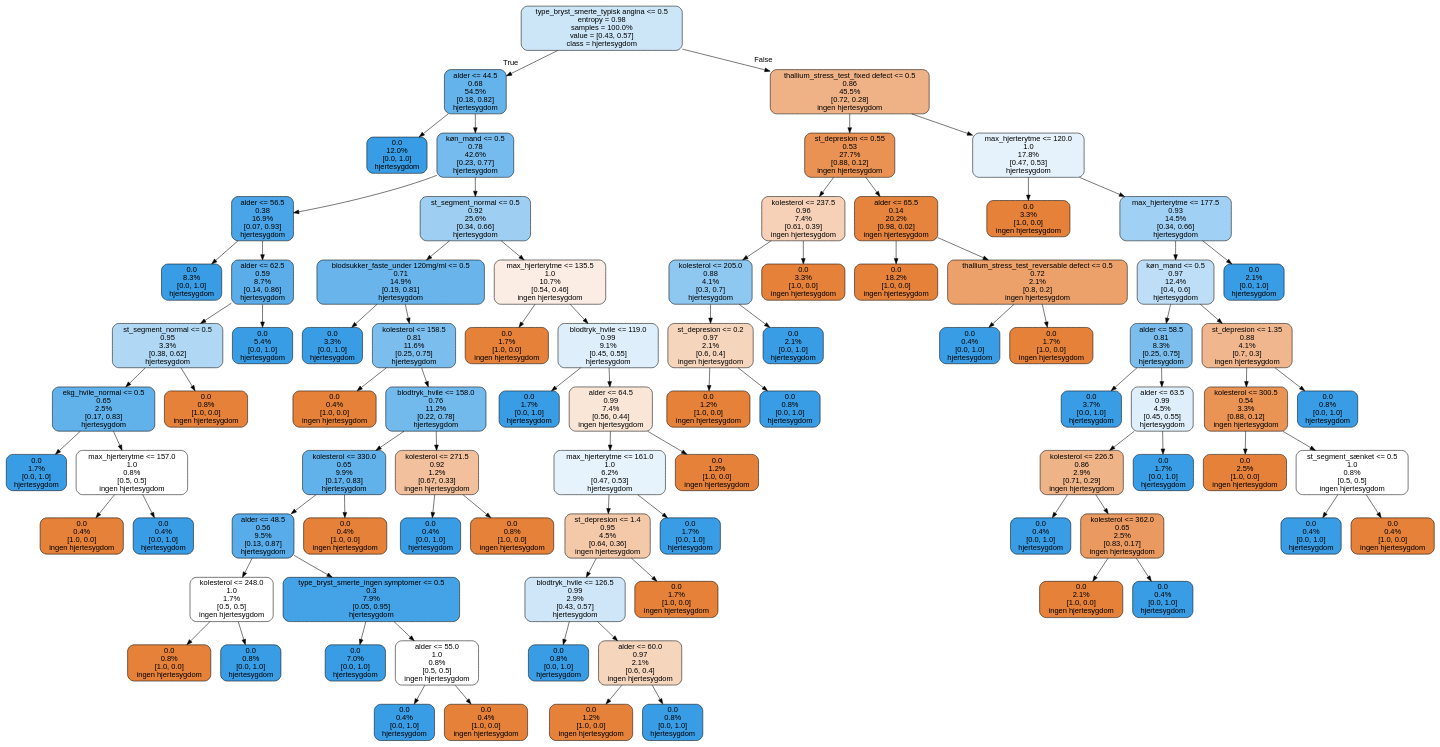
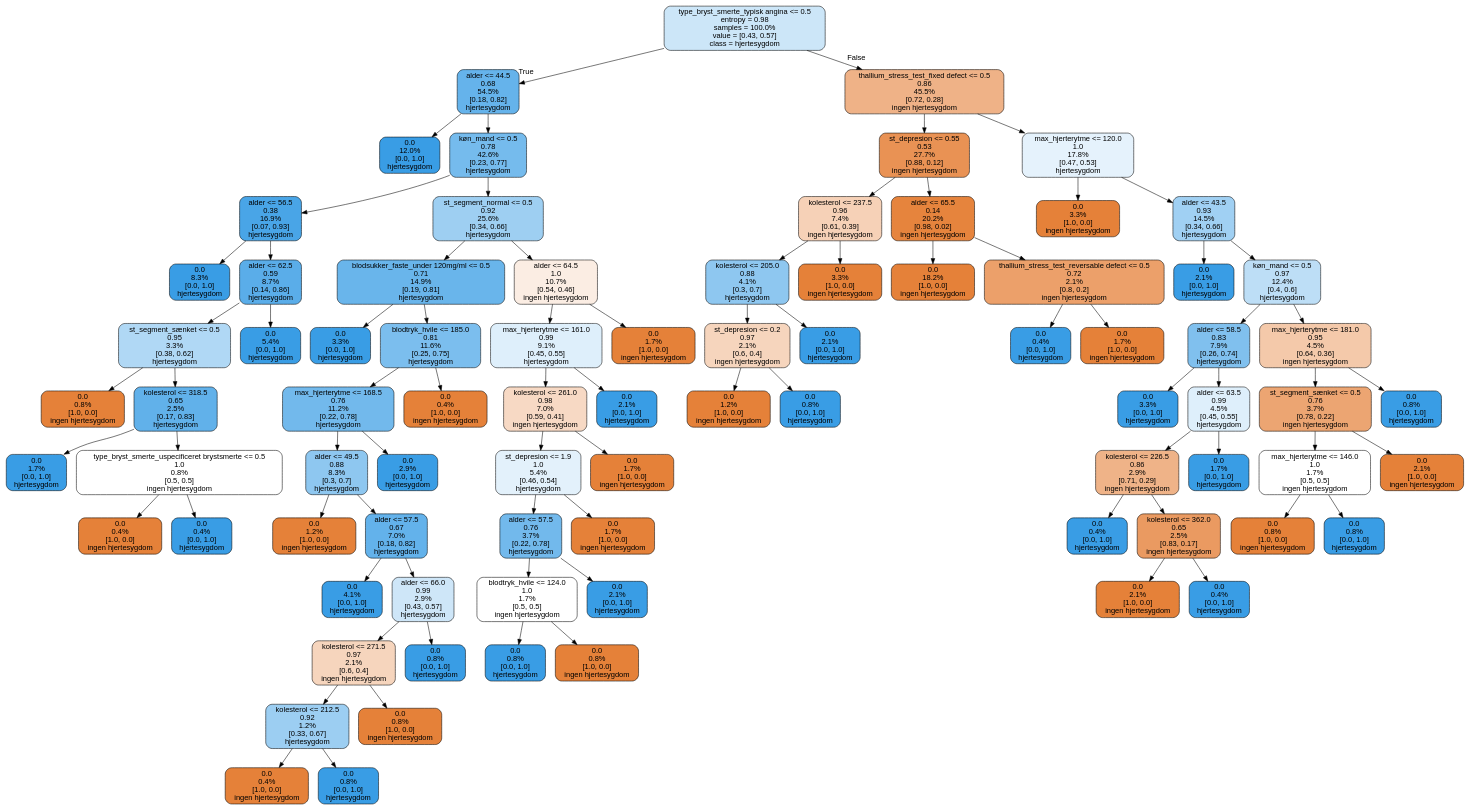
One commit to mico-boje/data-science-practice changed the diagram in Decision Tree/tree1.dot. Above: the diagram before and after it, drawn with Graphviz. The commit also changed 24 other files, not shown here.

Commit message:
added EDA analysis and multiple new graphs

```diff
--- a/Decision Tree/tree1.dot
+++ b/Decision Tree/tree1.dot
@@ -14,20 +14,20 @@
 4 -> 5 ;
 6 [label="alder <= 62.5\n0.59\n8.7%\n[0.14, 0.86]\nhjertesygdom", fillcolor="#5aade9"] ;
 4 -> 6 ;
-7 [label="st_segment_normal <= 0.5\n0.95\n3.3%\n[0.38, 0.62]\nhjertesygdom", fillcolor="#b0d8f5"] ;
+7 [label="st_segment_sænket <= 0.5\n0.95\n3.3%\n[0.38, 0.62]\nhjertesygdom", fillcolor="#b0d8f5"] ;
 6 -> 7 ;
-8 [label="ekg_hvile_normal <= 0.5\n0.65\n2.5%\n[0.17, 0.83]\nhjertesygdom", fillcolor="#61b1ea"] ;
+8 [label="0.0\n0.8%\n[1.0, 0.0]\ningen hjertesygdom", fillcolor="#e58139"] ;
 7 -> 8 ;
-9 [label="0.0\n1.7%\n[0.0, 1.0]\nhjertesygdom", fillcolor="#399de5"] ;
-8 -> 9 ;
-10 [label="max_hjerterytme <= 157.0\n1.0\n0.8%\n[0.5, 0.5]\ningen hjertesygdom", fillcolor="#ffffff"] ;
-8 -> 10 ;
-11 [label="0.0\n0.4%\n[1.0, 0.0]\ningen hjertesygdom", fillcolor="#e58139"] ;
-10 -> 11 ;
-12 [label="0.0\n0.4%\n[0.0, 1.0]\nhjertesygdom", fillcolor="#399de5"] ;
-10 -> 12 ;
-13 [label="0.0\n0.8%\n[1.0, 0.0]\ningen hjertesygdom", fillcolor="#e58139"] ;
-7 -> 13 ;
+9 [label="kolesterol <= 318.5\n0.65\n2.5%\n[0.17, 0.83]\nhjertesygdom", fillcolor="#61b1ea"] ;
+7 -> 9 ;
+10 [label="0.0\n1.7%\n[0.0, 1.0]\nhjertesygdom", fillcolor="#399de5"] ;
+9 -> 10 ;
+11 [label="type_bryst_smerte_uspecificeret brystsmerte <= 0.5\n1.0\n0.8%\n[0.5, 0.5]\ningen hjertesygdom", fillcolor="#ffffff"] ;
+9 -> 11 ;
+12 [label="0.0\n0.4%\n[1.0, 0.0]\ningen hjertesygdom", fillcolor="#e58139"] ;
+11 -> 12 ;
+13 [label="0.0\n0.4%\n[0.0, 1.0]\nhjertesygdom", fillcolor="#399de5"] ;
+11 -> 13 ;
 14 [label="0.0\n5.4%\n[0.0, 1.0]\nhjertesygdom", fillcolor="#399de5"] ;
 6 -> 14 ;
 15 [label="st_segment_normal <= 0.5\n0.92\n25.6%\n[0.34, 0.66]\nhjertesygdom", fillcolor="#9ecff2"] ;
@@ -36,138 +36,130 @@
 15 -> 16 ;
 17 [label="0.0\n3.3%\n[0.0, 1.0]\nhjertesygdom", fillcolor="#399de5"] ;
 16 -> 17 ;
-18 [label="kolesterol <= 158.5\n0.81\n11.6%\n[0.25, 0.75]\nhjertesygdom", fillcolor="#7bbeee"] ;
+18 [label="blodtryk_hvile <= 185.0\n0.81\n11.6%\n[0.25, 0.75]\nhjertesygdom", fillcolor="#7bbeee"] ;
 16 -> 18 ;
-19 [label="0.0\n0.4%\n[1.0, 0.0]\ningen hjertesygdom", fillcolor="#e58139"] ;
+19 [label="max_hjerterytme <= 168.5\n0.76\n11.2%\n[0.22, 0.78]\nhjertesygdom", fillcolor="#72b9ec"] ;
 18 -> 19 ;
-20 [label="blodtryk_hvile <= 158.0\n0.76\n11.2%\n[0.22, 0.78]\nhjertesygdom", fillcolor="#72b9ec"] ;
-18 -> 20 ;
-21 [label="kolesterol <= 330.0\n0.65\n9.9%\n[0.17, 0.83]\nhjertesygdom", fillcolor="#61b1ea"] ;
+20 [label="alder <= 49.5\n0.88\n8.3%\n[0.3, 0.7]\nhjertesygdom", fillcolor="#8ec7f0"] ;
+19 -> 20 ;
+21 [label="0.0\n1.2%\n[1.0, 0.0]\ningen hjertesygdom", fillcolor="#e58139"] ;
 20 -> 21 ;
-22 [label="alder <= 48.5\n0.56\n9.5%\n[0.13, 0.87]\nhjertesygdom", fillcolor="#57ace9"] ;
-21 -> 22 ;
-23 [label="kolesterol <= 248.0\n1.0\n1.7%\n[0.5, 0.5]\ningen hjertesygdom", fillcolor="#ffffff"] ;
+22 [label="alder <= 57.5\n0.67\n7.0%\n[0.18, 0.82]\nhjertesygdom", fillcolor="#63b2eb"] ;
+20 -> 22 ;
+23 [label="0.0\n4.1%\n[0.0, 1.0]\nhjertesygdom", fillcolor="#399de5"] ;
 22 -> 23 ;
-24 [label="0.0\n0.8%\n[1.0, 0.0]\ningen hjertesygdom", fillcolor="#e58139"] ;
-23 -> 24 ;
-25 [label="0.0\n0.8%\n[0.0, 1.0]\nhjertesygdom", fillcolor="#399de5"] ;
-23 -> 25 ;
-26 [label="type_bryst_smerte_ingen symptomer <= 0.5\n0.3\n7.9%\n[0.05, 0.95]\nhjertesygdom", fillcolor="#44a2e6"] ;
-22 -> 26 ;
-27 [label="0.0\n7.0%\n[0.0, 1.0]\nhjertesygdom", fillcolor="#399de5"] ;
+24 [label="alder <= 66.0\n0.99\n2.9%\n[0.43, 0.57]\nhjertesygdom", fillcolor="#cee6f8"] ;
+22 -> 24 ;
+25 [label="kolesterol <= 271.5\n0.97\n2.1%\n[0.6, 0.4]\ningen hjertesygdom", fillcolor="#f6d5bd"] ;
+24 -> 25 ;
+26 [label="kolesterol <= 212.5\n0.92\n1.2%\n[0.33, 0.67]\nhjertesygdom", fillcolor="#9ccef2"] ;
+25 -> 26 ;
+27 [label="0.0\n0.4%\n[1.0, 0.0]\ningen hjertesygdom", fillcolor="#e58139"] ;
 26 -> 27 ;
-28 [label="alder <= 55.0\n1.0\n0.8%\n[0.5, 0.5]\ningen hjertesygdom", fillcolor="#ffffff"] ;
+28 [label="0.0\n0.8%\n[0.0, 1.0]\nhjertesygdom", fillcolor="#399de5"] ;
 26 -> 28 ;
-29 [label="0.0\n0.4%\n[0.0, 1.0]\nhjertesygdom", fillcolor="#399de5"] ;
-28 -> 29 ;
-30 [label="0.0\n0.4%\n[1.0, 0.0]\ningen hjertesygdom", fillcolor="#e58139"] ;
-28 -> 30 ;
-31 [label="0.0\n0.4%\n[1.0, 0.0]\ningen hjertesygdom", fillcolor="#e58139"] ;
-21 -> 31 ;
-32 [label="kolesterol <= 271.5\n0.92\n1.2%\n[0.67, 0.33]\ningen hjertesygdom", fillcolor="#f2c09c"] ;
-20 -> 32 ;
-33 [label="0.0\n0.4%\n[0.0, 1.0]\nhjertesygdom", fillcolor="#399de5"] ;
-32 -> 33 ;
-34 [label="0.0\n0.8%\n[1.0, 0.0]\ningen hjertesygdom", fillcolor="#e58139"] ;
-32 -> 34 ;
-35 [label="max_hjerterytme <= 135.5\n1.0\n10.7%\n[0.54, 0.46]\ningen hjertesygdom", fillcolor="#fbede3"] ;
-15 -> 35 ;
-36 [label="0.0\n1.7%\n[1.0, 0.0]\ningen hjertesygdom", fillcolor="#e58139"] ;
+29 [label="0.0\n0.8%\n[1.0, 0.0]\ningen hjertesygdom", fillcolor="#e58139"] ;
+25 -> 29 ;
+30 [label="0.0\n0.8%\n[0.0, 1.0]\nhjertesygdom", fillcolor="#399de5"] ;
+24 -> 30 ;
+31 [label="0.0\n2.9%\n[0.0, 1.0]\nhjertesygdom", fillcolor="#399de5"] ;
+19 -> 31 ;
+32 [label="0.0\n0.4%\n[1.0, 0.0]\ningen hjertesygdom", fillcolor="#e58139"] ;
+18 -> 32 ;
+33 [label="alder <= 64.5\n1.0\n10.7%\n[0.54, 0.46]\ningen hjertesygdom", fillcolor="#fbede3"] ;
+15 -> 33 ;
+34 [label="max_hjerterytme <= 161.0\n0.99\n9.1%\n[0.45, 0.55]\nhjertesygdom", fillcolor="#deeffb"] ;
+33 -> 34 ;
+35 [label="kolesterol <= 261.0\n0.98\n7.0%\n[0.59, 0.41]\ningen hjertesygdom", fillcolor="#f7d9c4"] ;
+34 -> 35 ;
+36 [label="st_depresion <= 1.9\n1.0\n5.4%\n[0.46, 0.54]\nhjertesygdom", fillcolor="#e3f1fb"] ;
 35 -> 36 ;
-37 [label="blodtryk_hvile <= 119.0\n0.99\n9.1%\n[0.45, 0.55]\nhjertesygdom", fillcolor="#deeffb"] ;
-35 -> 37 ;
-38 [label="0.0\n1.7%\n[0.0, 1.0]\nhjertesygdom", fillcolor="#399de5"] ;
+37 [label="alder <= 57.5\n0.76\n3.7%\n[0.22, 0.78]\nhjertesygdom", fillcolor="#72b9ec"] ;
+36 -> 37 ;
+38 [label="blodtryk_hvile <= 124.0\n1.0\n1.7%\n[0.5, 0.5]\ningen hjertesygdom", fillcolor="#ffffff"] ;
 37 -> 38 ;
-39 [label="alder <= 64.5\n0.99\n7.4%\n[0.56, 0.44]\ningen hjertesygdom", fillcolor="#fae6d7"] ;
-37 -> 39 ;
-40 [label="max_hjerterytme <= 161.0\n1.0\n6.2%\n[0.47, 0.53]\nhjertesygdom", fillcolor="#e6f3fc"] ;
-39 -> 40 ;
-41 [label="st_depresion <= 1.4\n0.95\n4.5%\n[0.64, 0.36]\ningen hjertesygdom", fillcolor="#f4c9aa"] ;
-40 -> 41 ;
-42 [label="blodtryk_hvile <= 126.5\n0.99\n2.9%\n[0.43, 0.57]\nhjertesygdom", fillcolor="#cee6f8"] ;
-41 -> 42 ;
-43 [label="0.0\n0.8%\n[0.0, 1.0]\nhjertesygdom", fillcolor="#399de5"] ;
-42 -> 43 ;
-44 [label="alder <= 60.0\n0.97\n2.1%\n[0.6, 0.4]\ningen hjertesygdom", fillcolor="#f6d5bd"] ;
-42 -> 44 ;
-45 [label="0.0\n1.2%\n[1.0, 0.0]\ningen hjertesygdom", fillcolor="#e58139"] ;
-44 -> 45 ;
-46 [label="0.0\n0.8%\n[0.0, 1.0]\nhjertesygdom", fillcolor="#399de5"] ;
-44 -> 46 ;
-47 [label="0.0\n1.7%\n[1.0, 0.0]\ningen hjertesygdom", fillcolor="#e58139"] ;
-41 -> 47 ;
-48 [label="0.0\n1.7%\n[0.0, 1.0]\nhjertesygdom", fillcolor="#399de5"] ;
-40 -> 48 ;
-49 [label="0.0\n1.2%\n[1.0, 0.0]\ningen hjertesygdom", fillcolor="#e58139"] ;
-39 -> 49 ;
-50 [label="thallium_stress_test_fixed defect <= 0.5\n0.86\n45.5%\n[0.72, 0.28]\ningen hjertesygdom", fillcolor="#efb287"] ;
-0 -> 50 [labeldistance=2.5, labelangle=-45, headlabel="False"] ;
-51 [label="st_depresion <= 0.55\n0.53\n27.7%\n[0.88, 0.12]\ningen hjertesygdom", fillcolor="#e99254"] ;
+39 [label="0.0\n0.8%\n[0.0, 1.0]\nhjertesygdom", fillcolor="#399de5"] ;
+38 -> 39 ;
+40 [label="0.0\n0.8%\n[1.0, 0.0]\ningen hjertesygdom", fillcolor="#e58139"] ;
+38 -> 40 ;
+41 [label="0.0\n2.1%\n[0.0, 1.0]\nhjertesygdom", fillcolor="#399de5"] ;
+37 -> 41 ;
+42 [label="0.0\n1.7%\n[1.0, 0.0]\ningen hjertesygdom", fillcolor="#e58139"] ;
+36 -> 42 ;
+43 [label="0.0\n1.7%\n[1.0, 0.0]\ningen hjertesygdom", fillcolor="#e58139"] ;
+35 -> 43 ;
+44 [label="0.0\n2.1%\n[0.0, 1.0]\nhjertesygdom", fillcolor="#399de5"] ;
+34 -> 44 ;
+45 [label="0.0\n1.7%\n[1.0, 0.0]\ningen hjertesygdom", fillcolor="#e58139"] ;
+33 -> 45 ;
+46 [label="thallium_stress_test_fixed defect <= 0.5\n0.86\n45.5%\n[0.72, 0.28]\ningen hjertesygdom", fillcolor="#efb287"] ;
+0 -> 46 [labeldistance=2.5, labelangle=-45, headlabel="False"] ;
+47 [label="st_depresion <= 0.55\n0.53\n27.7%\n[0.88, 0.12]\ningen hjertesygdom", fillcolor="#e99254"] ;
+46 -> 47 ;
+48 [label="kolesterol <= 237.5\n0.96\n7.4%\n[0.61, 0.39]\ningen hjertesygdom", fillcolor="#f6d1b7"] ;
+47 -> 48 ;
+49 [label="kolesterol <= 205.0\n0.88\n4.1%\n[0.3, 0.7]\nhjertesygdom", fillcolor="#8ec7f0"] ;
+48 -> 49 ;
+50 [label="st_depresion <= 0.2\n0.97\n2.1%\n[0.6, 0.4]\ningen hjertesygdom", fillcolor="#f6d5bd"] ;
+49 -> 50 ;
+51 [label="0.0\n1.2%\n[1.0, 0.0]\ningen hjertesygdom", fillcolor="#e58139"] ;
 50 -> 51 ;
-52 [label="kolesterol <= 237.5\n0.96\n7.4%\n[0.61, 0.39]\ningen hjertesygdom", fillcolor="#f6d1b7"] ;
-51 -> 52 ;
-53 [label="kolesterol <= 205.0\n0.88\n4.1%\n[0.3, 0.7]\nhjertesygdom", fillcolor="#8ec7f0"] ;
-52 -> 53 ;
-54 [label="st_depresion <= 0.2\n0.97\n2.1%\n[0.6, 0.4]\ningen hjertesygdom", fillcolor="#f6d5bd"] ;
-53 -> 54 ;
-55 [label="0.0\n1.2%\n[1.0, 0.0]\ningen hjertesygdom", fillcolor="#e58139"] ;
-54 -> 55 ;
-56 [label="0.0\n0.8%\n[0.0, 1.0]\nhjertesygdom", fillcolor="#399de5"] ;
-54 -> 56 ;
-57 [label="0.0\n2.1%\n[0.0, 1.0]\nhjertesygdom", fillcolor="#399de5"] ;
-53 -> 57 ;
-58 [label="0.0\n3.3%\n[1.0, 0.0]\ningen hjertesygdom", fillcolor="#e58139"] ;
-52 -> 58 ;
-59 [label="alder <= 65.5\n0.14\n20.2%\n[0.98, 0.02]\ningen hjertesygdom", fillcolor="#e6843d"] ;
-51 -> 59 ;
-60 [label="0.0\n18.2%\n[1.0, 0.0]\ningen hjertesygdom", fillcolor="#e58139"] ;
-59 -> 60 ;
-61 [label="thallium_stress_test_reversable defect <= 0.5\n0.72\n2.1%\n[0.8, 0.2]\ningen hjertesygdom", fillcolor="#eca06a"] ;
-59 -> 61 ;
-62 [label="0.0\n0.4%\n[0.0, 1.0]\nhjertesygdom", fillcolor="#399de5"] ;
-61 -> 62 ;
-63 [label="0.0\n1.7%\n[1.0, 0.0]\ningen hjertesygdom", fillcolor="#e58139"] ;
-61 -> 63 ;
-64 [label="max_hjerterytme <= 120.0\n1.0\n17.8%\n[0.47, 0.53]\nhjertesygdom", fillcolor="#e5f2fc"] ;
-50 -> 64 ;
-65 [label="0.0\n3.3%\n[1.0, 0.0]\ningen hjertesygdom", fillcolor="#e58139"] ;
+52 [label="0.0\n0.8%\n[0.0, 1.0]\nhjertesygdom", fillcolor="#399de5"] ;
+50 -> 52 ;
+53 [label="0.0\n2.1%\n[0.0, 1.0]\nhjertesygdom", fillcolor="#399de5"] ;
+49 -> 53 ;
+54 [label="0.0\n3.3%\n[1.0, 0.0]\ningen hjertesygdom", fillcolor="#e58139"] ;
+48 -> 54 ;
+55 [label="alder <= 65.5\n0.14\n20.2%\n[0.98, 0.02]\ningen hjertesygdom", fillcolor="#e6843d"] ;
+47 -> 55 ;
+56 [label="0.0\n18.2%\n[1.0, 0.0]\ningen hjertesygdom", fillcolor="#e58139"] ;
+55 -> 56 ;
+57 [label="thallium_stress_test_reversable defect <= 0.5\n0.72\n2.1%\n[0.8, 0.2]\ningen hjertesygdom", fillcolor="#eca06a"] ;
+55 -> 57 ;
+58 [label="0.0\n0.4%\n[0.0, 1.0]\nhjertesygdom", fillcolor="#399de5"] ;
+57 -> 58 ;
+59 [label="0.0\n1.7%\n[1.0, 0.0]\ningen hjertesygdom", fillcolor="#e58139"] ;
+57 -> 59 ;
+60 [label="max_hjerterytme <= 120.0\n1.0\n17.8%\n[0.47, 0.53]\nhjertesygdom", fillcolor="#e5f2fc"] ;
+46 -> 60 ;
+61 [label="0.0\n3.3%\n[1.0, 0.0]\ningen hjertesygdom", fillcolor="#e58139"] ;
+60 -> 61 ;
+62 [label="alder <= 43.5\n0.93\n14.5%\n[0.34, 0.66]\nhjertesygdom", fillcolor="#a0d0f3"] ;
+60 -> 62 ;
+63 [label="0.0\n2.1%\n[0.0, 1.0]\nhjertesygdom", fillcolor="#399de5"] ;
+62 -> 63 ;
+64 [label="køn_mand <= 0.5\n0.97\n12.4%\n[0.4, 0.6]\nhjertesygdom", fillcolor="#bddef6"] ;
+62 -> 64 ;
+65 [label="alder <= 58.5\n0.83\n7.9%\n[0.26, 0.74]\nhjertesygdom", fillcolor="#80c0ee"] ;
 64 -> 65 ;
-66 [label="max_hjerterytme <= 177.5\n0.93\n14.5%\n[0.34, 0.66]\nhjertesygdom", fillcolor="#a0d0f3"] ;
-64 -> 66 ;
-67 [label="køn_mand <= 0.5\n0.97\n12.4%\n[0.4, 0.6]\nhjertesygdom", fillcolor="#bddef6"] ;
-66 -> 67 ;
-68 [label="alder <= 58.5\n0.81\n8.3%\n[0.25, 0.75]\nhjertesygdom", fillcolor="#7bbeee"] ;
+66 [label="0.0\n3.3%\n[0.0, 1.0]\nhjertesygdom", fillcolor="#399de5"] ;
+65 -> 66 ;
+67 [label="alder <= 63.5\n0.99\n4.5%\n[0.45, 0.55]\nhjertesygdom", fillcolor="#deeffb"] ;
+65 -> 67 ;
+68 [label="kolesterol <= 226.5\n0.86\n2.9%\n[0.71, 0.29]\ningen hjertesygdom", fillcolor="#efb388"] ;
 67 -> 68 ;
-69 [label="0.0\n3.7%\n[0.0, 1.0]\nhjertesygdom", fillcolor="#399de5"] ;
+69 [label="0.0\n0.4%\n[0.0, 1.0]\nhjertesygdom", fillcolor="#399de5"] ;
 68 -> 69 ;
-70 [label="alder <= 63.5\n0.99\n4.5%\n[0.45, 0.55]\nhjertesygdom", fillcolor="#deeffb"] ;
+70 [label="kolesterol <= 362.0\n0.65\n2.5%\n[0.83, 0.17]\ningen hjertesygdom", fillcolor="#ea9a61"] ;
 68 -> 70 ;
-71 [label="kolesterol <= 226.5\n0.86\n2.9%\n[0.71, 0.29]\ningen hjertesygdom", fillcolor="#efb388"] ;
+71 [label="0.0\n2.1%\n[1.0, 0.0]\ningen hjertesygdom", fillcolor="#e58139"] ;
 70 -> 71 ;
 72 [label="0.0\n0.4%\n[0.0, 1.0]\nhjertesygdom", fillcolor="#399de5"] ;
-71 -> 72 ;
-73 [label="kolesterol <= 362.0\n0.65\n2.5%\n[0.83, 0.17]\ningen hjertesygdom", fillcolor="#ea9a61"] ;
-71 -> 73 ;
-74 [label="0.0\n2.1%\n[1.0, 0.0]\ningen hjertesygdom", fillcolor="#e58139"] ;
-73 -> 74 ;
-75 [label="0.0\n0.4%\n[0.0, 1.0]\nhjertesygdom", fillcolor="#399de5"] ;
-73 -> 75 ;
-76 [label="0.0\n1.7%\n[0.0, 1.0]\nhjertesygdom", fillcolor="#399de5"] ;
-70 -> 76 ;
-77 [label="st_depresion <= 1.35\n0.88\n4.1%\n[0.7, 0.3]\ningen hjertesygdom", fillcolor="#f0b78e"] ;
-67 -> 77 ;
-78 [label="kolesterol <= 300.5\n0.54\n3.3%\n[0.88, 0.12]\ningen hjertesygdom", fillcolor="#e99355"] ;
-77 -> 78 ;
-79 [label="0.0\n2.5%\n[1.0, 0.0]\ningen hjertesygdom", fillcolor="#e58139"] ;
-78 -> 79 ;
-80 [label="st_segment_sænket <= 0.5\n1.0\n0.8%\n[0.5, 0.5]\ningen hjertesygdom", fillcolor="#ffffff"] ;
-78 -> 80 ;
-81 [label="0.0\n0.4%\n[0.0, 1.0]\nhjertesygdom", fillcolor="#399de5"] ;
-80 -> 81 ;
-82 [label="0.0\n0.4%\n[1.0, 0.0]\ningen hjertesygdom", fillcolor="#e58139"] ;
-80 -> 82 ;
-83 [label="0.0\n0.8%\n[0.0, 1.0]\nhjertesygdom", fillcolor="#399de5"] ;
-77 -> 83 ;
-84 [label="0.0\n2.1%\n[0.0, 1.0]\nhjertesygdom", fillcolor="#399de5"] ;
-66 -> 84 ;
+70 -> 72 ;
+73 [label="0.0\n1.7%\n[0.0, 1.0]\nhjertesygdom", fillcolor="#399de5"] ;
+67 -> 73 ;
+74 [label="max_hjerterytme <= 181.0\n0.95\n4.5%\n[0.64, 0.36]\ningen hjertesygdom", fillcolor="#f4c9aa"] ;
+64 -> 74 ;
+75 [label="st_segment_sænket <= 0.5\n0.76\n3.7%\n[0.78, 0.22]\ningen hjertesygdom", fillcolor="#eca572"] ;
+74 -> 75 ;
+76 [label="max_hjerterytme <= 146.0\n1.0\n1.7%\n[0.5, 0.5]\ningen hjertesygdom", fillcolor="#ffffff"] ;
+75 -> 76 ;
+77 [label="0.0\n0.8%\n[1.0, 0.0]\ningen hjertesygdom", fillcolor="#e58139"] ;
+76 -> 77 ;
+78 [label="0.0\n0.8%\n[0.0, 1.0]\nhjertesygdom", fillcolor="#399de5"] ;
+76 -> 78 ;
+79 [label="0.0\n2.1%\n[1.0, 0.0]\ningen hjertesygdom", fillcolor="#e58139"] ;
+75 -> 79 ;
+80 [label="0.0\n0.8%\n[0.0, 1.0]\nhjertesygdom", fillcolor="#399de5"] ;
+74 -> 80 ;
 }
```
